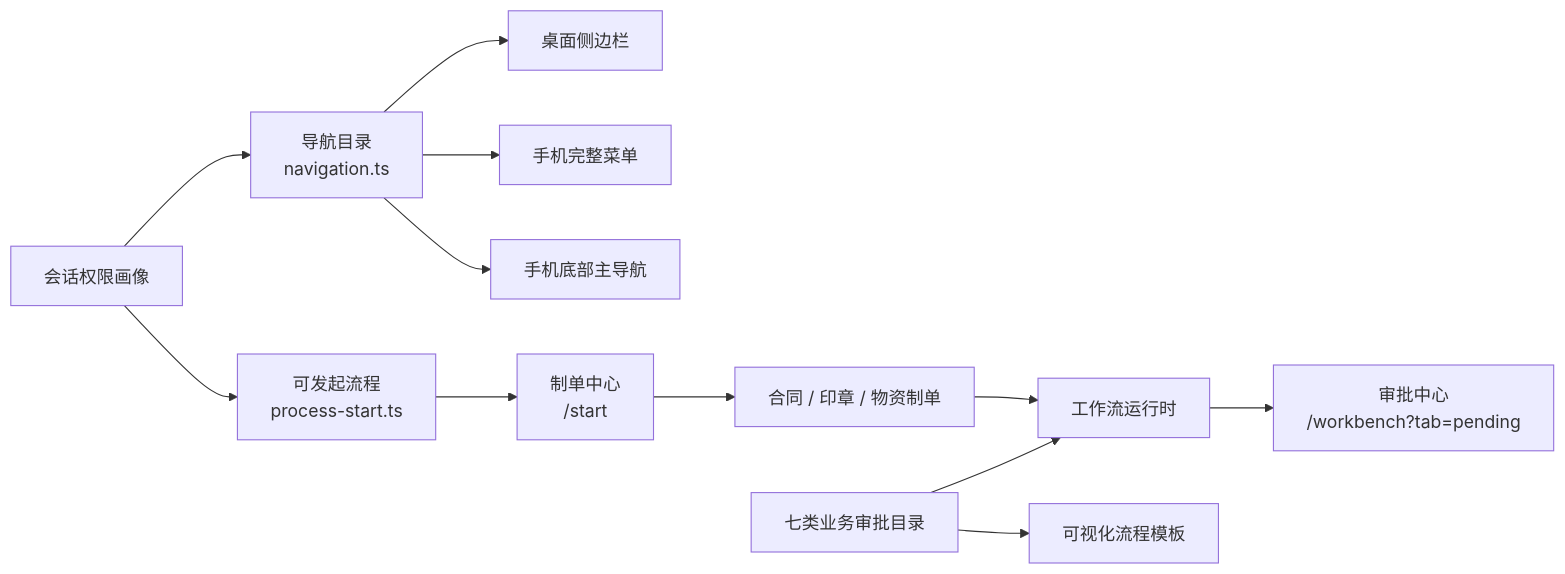
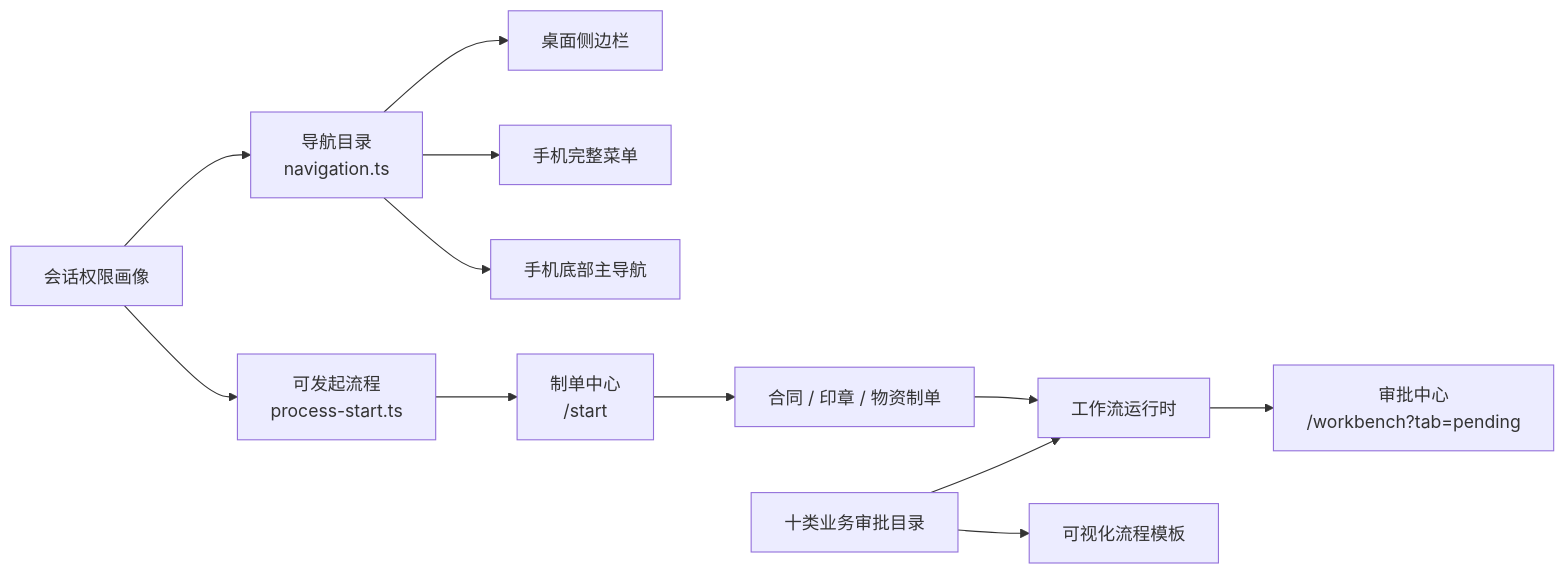
Before and after one commit to yiting001/oa-hotel-v1: the first of 2 diagrams in docs/modules/enterprise-shell-and-process-start.md, drawn with Mermaid. The commit also changed other lines of this file and 200 other files, not shown here.

````diff
--- a/docs/modules/enterprise-shell-and-process-start.md
+++ b/docs/modules/enterprise-shell-and-process-start.md
@@ -61,14 +61,14 @@
 ```mermaid
 flowchart LR
   SESSION["会话权限画像"] --> NAV["导航目录<br/>navigation.ts"]
   SESSION --> STARTS["可发起流程<br/>process-start.ts"]
   NAV --> DESKTOP["桌面侧边栏"]
   NAV --> DRAWER["手机完整菜单"]
   NAV --> BOTTOM["手机底部主导航"]
   STARTS --> START_PAGE["制单中心<br/>/start"]
   START_PAGE --> BUSINESS["合同 / 印章 / 物资制单"]
   BUSINESS --> RUNTIME["工作流运行时"]
-  CATALOG["七类业务审批目录"] --> RUNTIME
+  CATALOG["十类业务审批目录"] --> RUNTIME
   CATALOG --> DESIGN_SEED["可视化流程模板"]
   RUNTIME --> PENDING["审批中心<br/>/workbench?tab=pending"]
 ```
````
